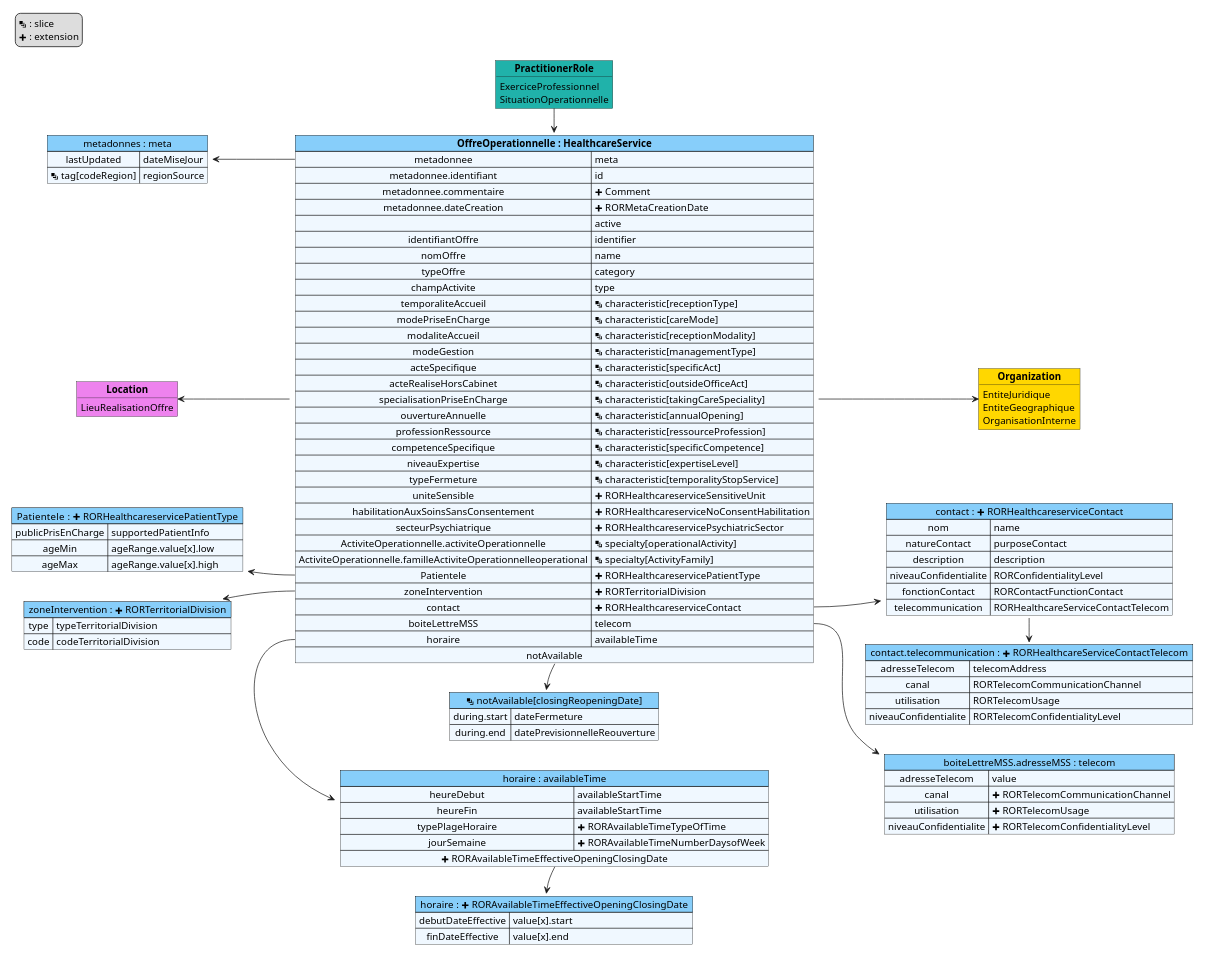
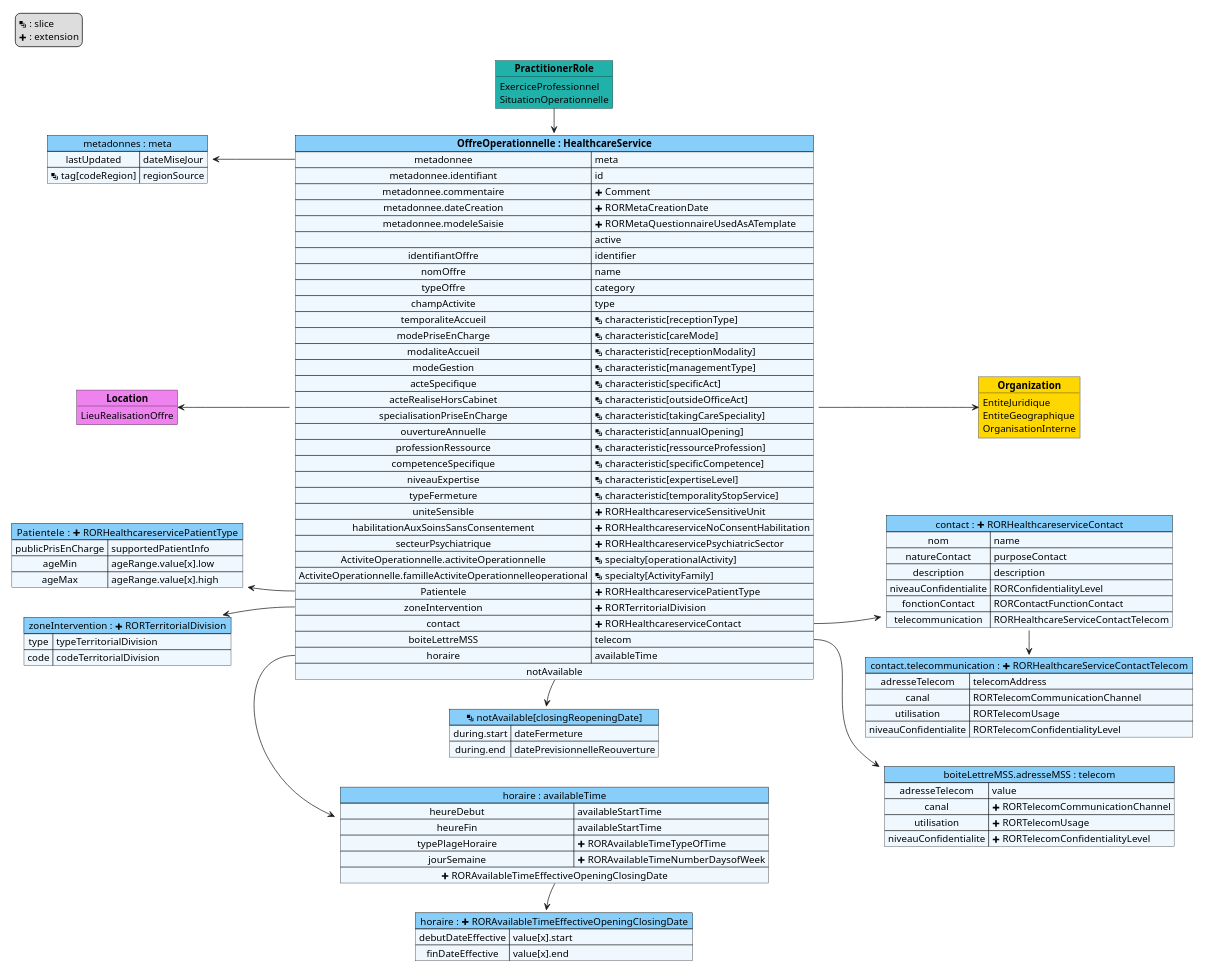
One commit to ansforge/IG-fhir-repertoire-offre-ressources-sante changed the diagram in input/images-source/mapping-HealthcareService.plantuml. Above: the diagram before and after it, drawn with PlantUML. The commit also changed 9 other files, not shown here.

```diff
--- a/input/images-source/mapping-HealthcareService.plantuml
+++ b/input/images-source/mapping-HealthcareService.plantuml
@@ -1,134 +1,135 @@
 @startuml mapping-HealthcareService
 
 left to right direction
 
 scale 1000 width
 
 legend top left
   <&layers> : slice
   <&plus> : extension
 endlegend
 
 
 map "metadonnes : meta" as meta #back:AliceBlue;header:LightSkyBlue {
     lastUpdated => dateMiseJour 
     <&layers> tag[codeRegion] => regionSource
 }
 
 map "Patientele  : <&plus> RORHealthcareservicePatientType" as RORHealthcareservicePatientType #back:AliceBlue;header:LightSkyBlue {
     publicPrisEnCharge => supportedPatientInfo
     ageMin => ageRange.value[x].low
     ageMax => ageRange.value[x].high
 }
 
 map "zoneIntervention : <&plus> RORTerritorialDivision" as RORTerritorialDivision #back:AliceBlue;header:LightSkyBlue {
     type => typeTerritorialDivision
     code => codeTerritorialDivision
 }
 
 map "<&layers> notAvailable[closingReopeningDate]" as notAvailable #back:AliceBlue;header:LightSkyBlue {
     during.start => dateFermeture
     during.end => datePrevisionnelleReouverture
 }
 
 map "horaire : <&plus> RORAvailableTimeEffectiveOpeningClosingDate" as RORAvailableTimeEffectiveOpeningClosingDate #back:AliceBlue;header:LightSkyBlue {
     debutDateEffective => value[x].start
     finDateEffective => value[x].end
 }
 
 map "horaire : availableTime" as availableTime #back:AliceBlue;header:LightSkyBlue {
     heureDebut => availableStartTime
     heureFin => availableStartTime
     typePlageHoraire => <&plus> RORAvailableTimeTypeOfTime
     jourSemaine => <&plus> RORAvailableTimeNumberDaysofWeek
     <&plus> RORAvailableTimeEffectiveOpeningClosingDate *-> RORAvailableTimeEffectiveOpeningClosingDate
 }
 
 map "boiteLettreMSS.adresseMSS : telecom" as telecom #back:AliceBlue;header:LightSkyBlue {
     adresseTelecom => value
     canal => <&plus> RORTelecomCommunicationChannel
     utilisation => <&plus> RORTelecomUsage
     niveauConfidentialite => <&plus> RORTelecomConfidentialityLevel
 }
 
 map "contact : <&plus> RORHealthcareserviceContact" as RORHealthcareserviceContact #back:AliceBlue;header:LightSkyBlue {
     nom => name
     natureContact => purposeContact
     description => description
     niveauConfidentialite => RORConfidentialityLevel
     fonctionContact => RORContactFunctionContact
     telecommunication => RORHealthcareServiceContactTelecom
 }
 
 map "contact.telecommunication : <&plus> RORHealthcareServiceContactTelecom" as RORHealthcareServiceContactTelecom #back:AliceBlue;header:LightSkyBlue {
     adresseTelecom => telecomAddress
     canal => RORTelecomCommunicationChannel
     utilisation => RORTelecomUsage
     niveauConfidentialite => RORTelecomConfidentialityLevel
 }
 
 
 map "**OffreOperationnelle : HealthcareService**" as HS #back:AliceBlue;header:LightSkyBlue {
     metadonnee => meta 
     metadonnee.identifiant => id
     metadonnee.commentaire => <&plus> Comment
     metadonnee.dateCreation => <&plus> RORMetaCreationDate
+    metadonnee.modeleSaisie => <&plus> RORMetaQuestionnaireUsedAsATemplate
     => active
     identifiantOffre => identifier
     nomOffre => name
     typeOffre => category
     champActivite => type
     temporaliteAccueil => <&layers> characteristic[receptionType]
     modePriseEnCharge => <&layers> characteristic[careMode]
     modaliteAccueil => <&layers> characteristic[receptionModality]
     modeGestion => <&layers> characteristic[managementType]
     acteSpecifique => <&layers> characteristic[specificAct]
     acteRealiseHorsCabinet => <&layers> characteristic[outsideOfficeAct]
     specialisationPriseEnCharge => <&layers> characteristic[takingCareSpeciality]
     ouvertureAnnuelle => <&layers> characteristic[annualOpening]
     professionRessource => <&layers> characteristic[ressourceProfession]
     competenceSpecifique => <&layers> characteristic[specificCompetence]
     niveauExpertise  => <&layers> characteristic[expertiseLevel]
     typeFermeture => <&layers> characteristic[temporalityStopService]
     uniteSensible => <&plus> RORHealthcareserviceSensitiveUnit
     habilitationAuxSoinsSansConsentement => <&plus> RORHealthcareserviceNoConsentHabilitation
     secteurPsychiatrique => <&plus> RORHealthcareservicePsychiatricSector
     ActiviteOperationnelle.activiteOperationnelle => <&layers> specialty[operationalActivity]
     ActiviteOperationnelle.familleActiviteOperationnelleoperational => <&layers> specialty[ActivityFamily]
     Patientele => <&plus> RORHealthcareservicePatientType
     zoneIntervention => <&plus> RORTerritorialDivision
     contact => <&plus> RORHealthcareserviceContact
     boiteLettreMSS => telecom
     horaire => availableTime
     notAvailable *-> notAvailable
 }
 
 meta <-- HS::metadonnee
 HS::horaire -> availableTime 
 RORHealthcareservicePatientType <-- HS::Patientele
 RORTerritorialDivision <-- HS::zoneIntervention
 HS::boiteLettreMSS --> telecom
 HS::contact --> RORHealthcareserviceContact
 RORHealthcareserviceContact -> RORHealthcareServiceContactTelecom
 
 
 object "**PractitionerRole**" as PR #LightSeaGreen {
     ExerciceProfessionnel
     SituationOperationnelle
 }
 
 object "**Location**" as L #Violet {
     LieuRealisationOffre
 }
 
 object "**Organization**" as O #Gold {
     EntiteJuridique
     EntiteGeographique
     OrganisationInterne
 }
 
 PR -> HS
 L <-- HS
 HS --> O
 
 @enduml
```
